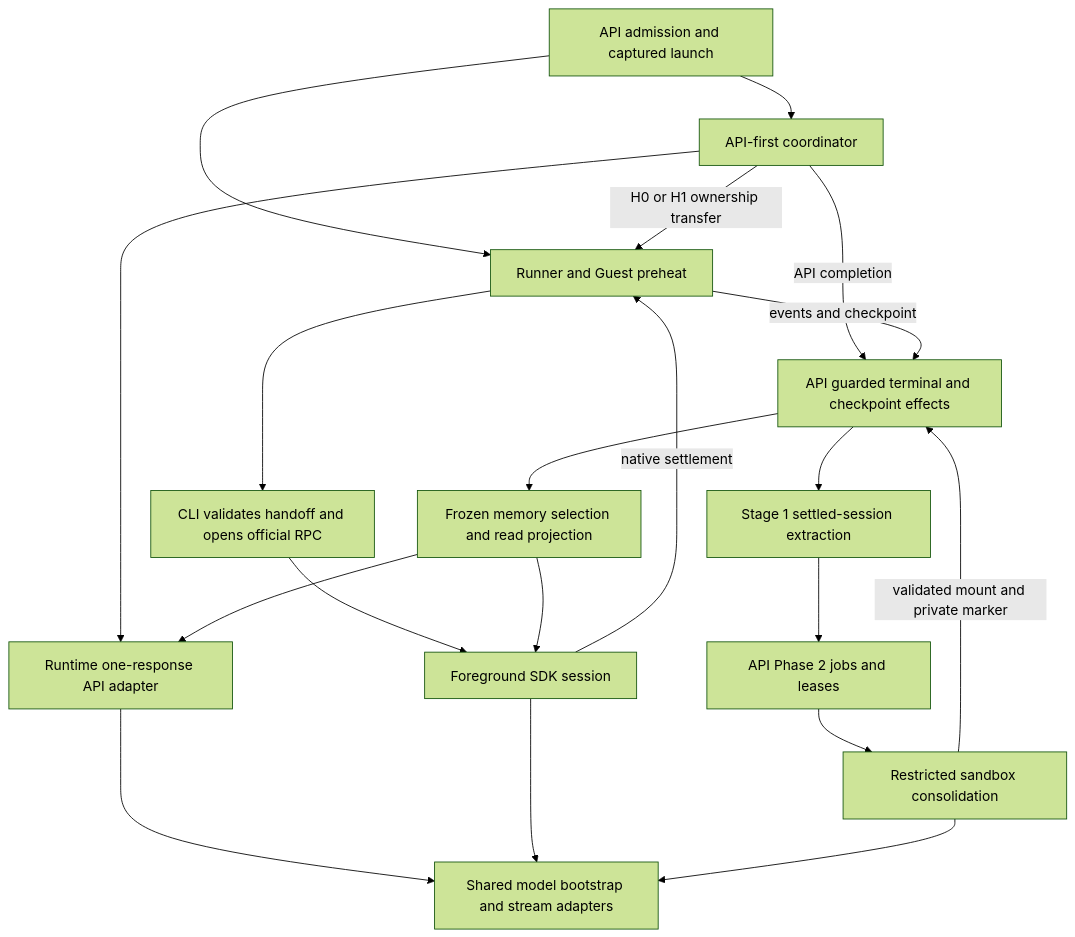
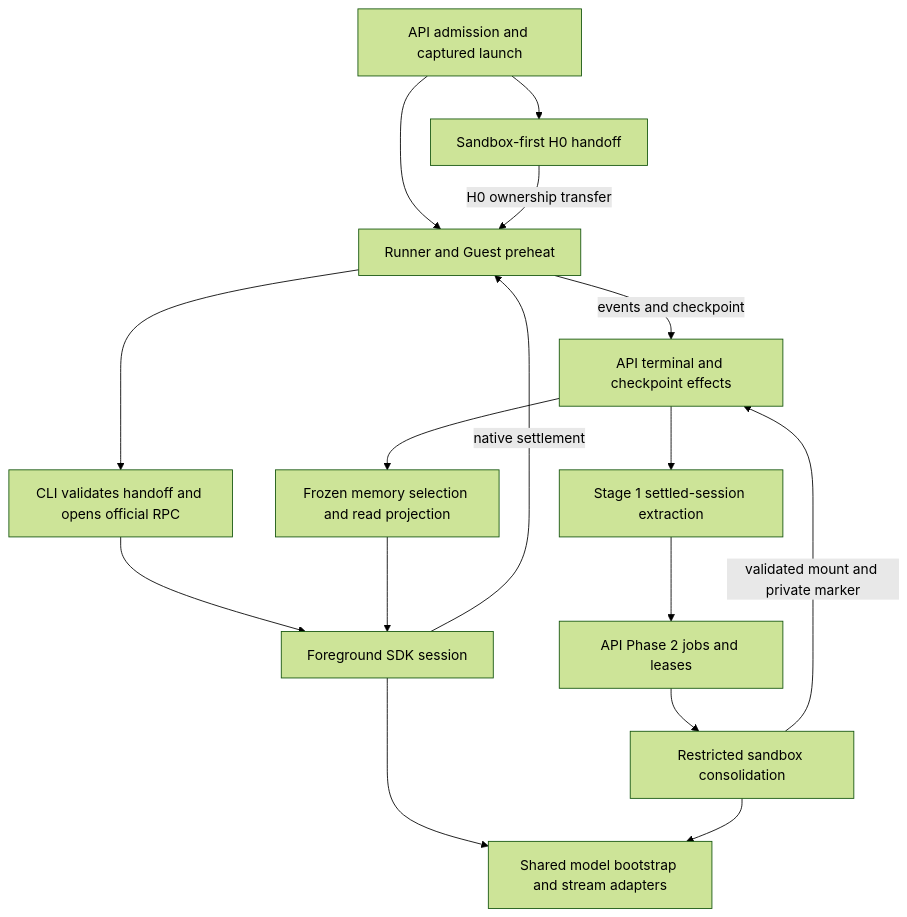
Before and after one commit to okou-ai/okou: the diagram in docs/pi-runtime-architecture.md, drawn with Mermaid (forest theme). The commit also changed other lines of this file and 70 other files, not shown here.

First line of the commit message:
refactor(api): retire pi api-first turns on the api side

````diff
--- a/docs/pi-runtime-architecture.md
+++ b/docs/pi-runtime-architecture.md
@@ -29,22 +39,18 @@
 ```mermaid
 flowchart TD
-    Launch[API admission and captured launch] --> First[API-first coordinator]
+    Launch[API admission and captured launch] --> First[Sandbox-first H0 handoff]
     Launch --> Platform[Runner and Guest preheat]
-    First --> API[Runtime one-response API adapter]
-    API --> Model[Shared model bootstrap and stream adapters]
-    First -->|H0 or H1 ownership transfer| Platform
+    First -->|H0 ownership transfer| Platform
     Platform --> CLI[CLI validates handoff and opens official RPC]
     CLI --> Session[Foreground SDK session]
-    Session --> Model
+    Session --> Model[Shared model bootstrap and stream adapters]
     Session -->|native settlement| Platform
-    First -->|API completion| Durable[API guarded terminal and checkpoint effects]
-    Platform -->|events and checkpoint| Durable
+    Platform -->|events and checkpoint| Durable[API terminal and checkpoint effects]
     Durable --> Extract[Stage 1 settled-session extraction]
     Extract --> Jobs[API Phase 2 jobs and leases]
     Jobs --> Maintenance[Restricted sandbox consolidation]
     Maintenance --> Model
     Maintenance -->|validated mount and private marker| Durable
     Durable --> Recall[Frozen memory selection and read projection]
-    Recall --> API
     Recall --> Session
 ```
````
